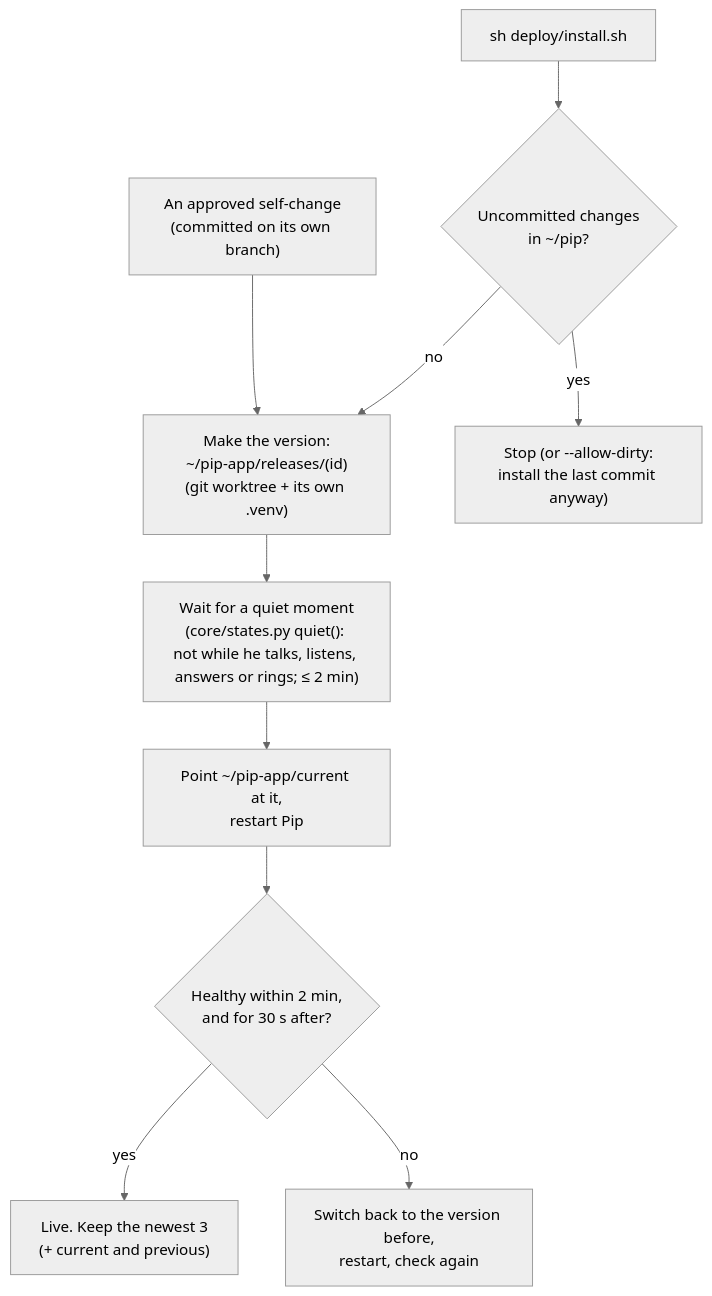
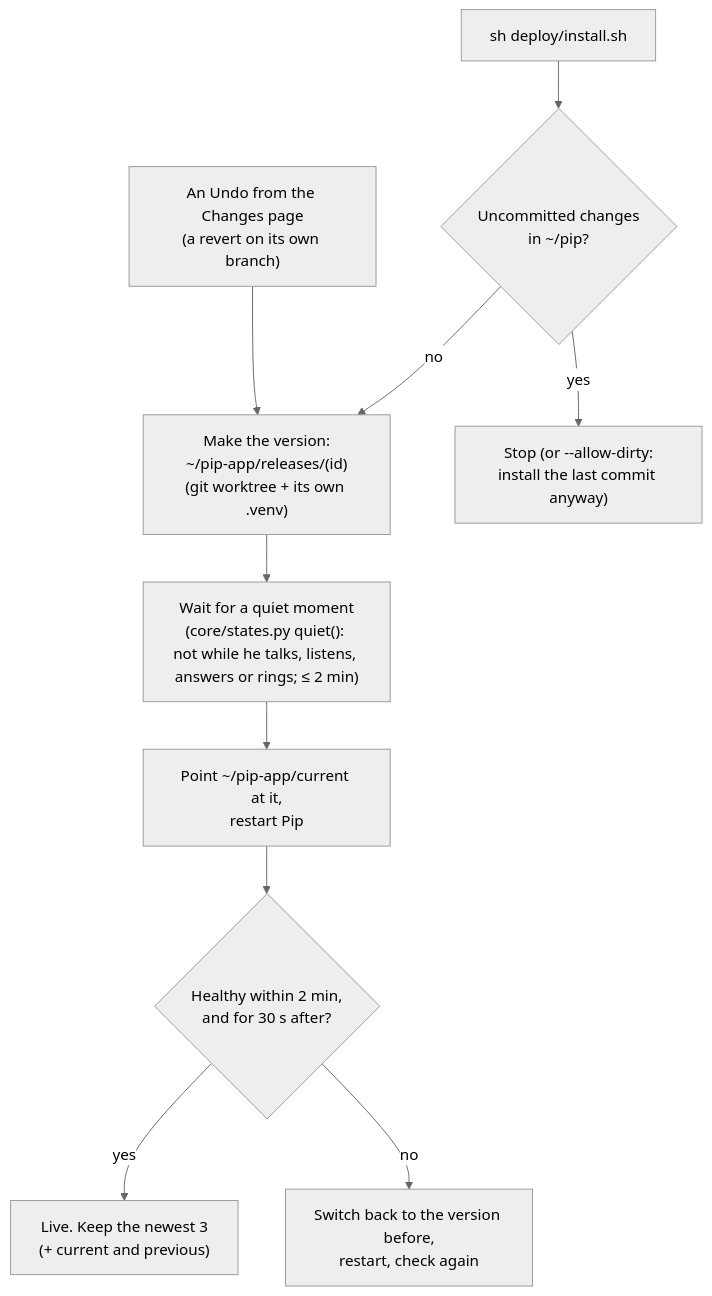
The fifth of 5 diagrams in docs/ARCHITECTURE.md (LandenHeine17/pip), drawn with Mermaid (neutral theme) before and after one commit. The commit also changed other lines of this file and 45 other files, not shown here.

````diff
--- a/docs/ARCHITECTURE.md
+++ b/docs/ARCHITECTURE.md
@@ -295,12 +292,12 @@
 ```mermaid
 flowchart TD
     A["sh deploy/install.sh"] --> B{"Uncommitted changes<br/>in ~/pip?"}
-    S["An approved self-change<br/>(committed on its own branch)"] --> C
+    S["An Undo from the Changes page<br/>(a revert on its own branch)"] --> C
     B -- "yes" --> X["Stop (or --allow-dirty:<br/>install the last commit anyway)"]
     B -- "no" --> C["Make the version:<br/>~/pip-app/releases/(id)<br/>(git worktree + its own .venv)"]
     C --> D["Wait for a quiet moment<br/>(core/states.py quiet(): not while he talks, listens, answers or rings; ≤ 2 min)"]
     D --> E["Point ~/pip-app/current at it,<br/>restart Pip"]
     E --> F{"Healthy within 2 min,<br/>and for 30 s after?"}
     F -- "yes" --> G["Live. Keep the newest 3<br/>(+ current and previous)"]
     F -- "no" --> H["Switch back to the version before,<br/>restart, check again"]
 ```
````
